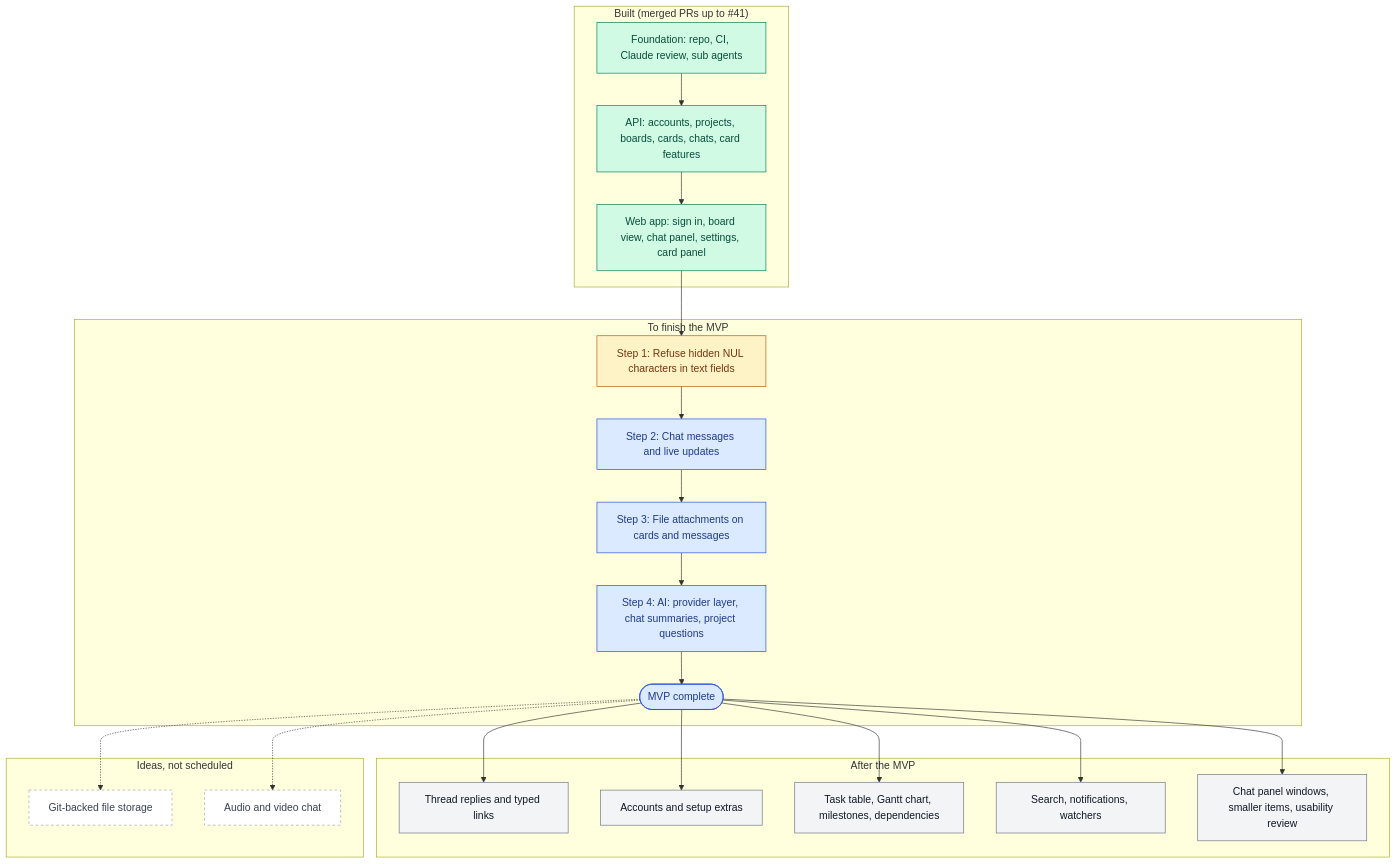
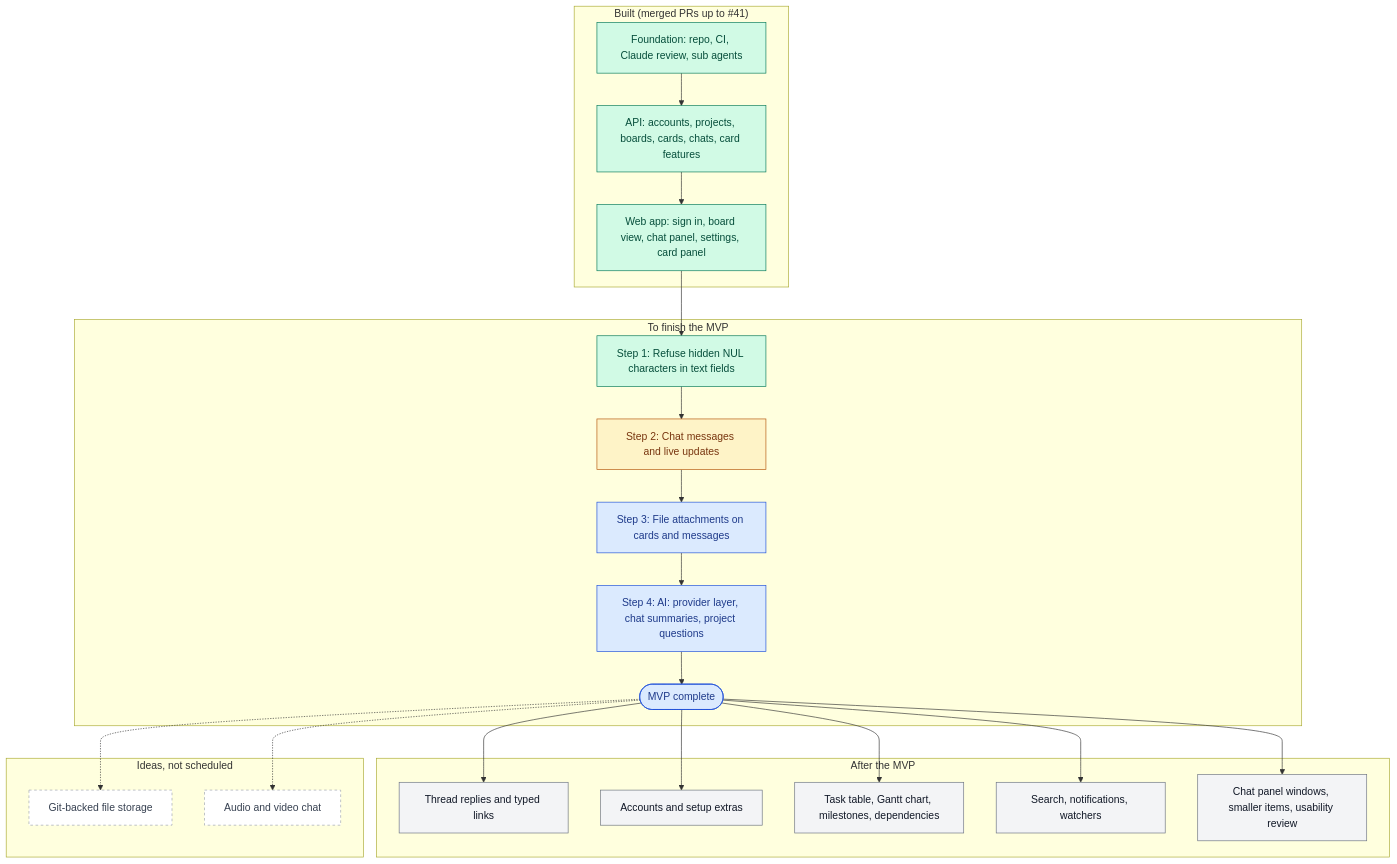
One commit to jongane/Tessera changed the diagram in docs/roadmap.md. Above: the diagram before and after it, drawn with Mermaid. The commit also changed other lines of this file and 22 other files, not shown here.

````diff
--- a/docs/roadmap.md
+++ b/docs/roadmap.md
@@ -13,45 +13,45 @@
 ```mermaid
 flowchart TD
     classDef done fill:#d1fae5,stroke:#047857,color:#064e3b
     classDef next fill:#fef3c7,stroke:#b45309,color:#78350f
     classDef mvp fill:#dbeafe,stroke:#1d4ed8,color:#1e3a8a
     classDef later fill:#f3f4f6,stroke:#6b7280,color:#111827
     classDef idea fill:#ffffff,stroke:#9ca3af,color:#374151,stroke-dasharray: 4 4
 
     subgraph Built["Built (merged PRs up to #41)"]
         F[Foundation: repo, CI, Claude review, sub agents]
         A[API: accounts, projects, boards, cards, chats, card features]
         W[Web app: sign in, board view, chat panel, settings, card panel]
     end
 
     subgraph MVP["To finish the MVP"]
         N1[Step 1: Refuse hidden NUL characters in text fields]
         N2[Step 2: Chat messages and live updates]
         N3[Step 3: File attachments on cards and messages]
         N4[Step 4: AI: provider layer, chat summaries, project questions]
         R([MVP complete])
     end
 
     subgraph After["After the MVP"]
         L1[Thread replies and typed links]
         L2[Accounts and setup extras]
         L3[Task table, Gantt chart, milestones, dependencies]
         L4[Search, notifications, watchers]
         L5[Chat panel windows, smaller items, usability review]
     end
 
     subgraph Ideas["Ideas, not scheduled"]
         I1[Git-backed file storage]
         I2[Audio and video chat]
     end
 
     F --> A --> W --> N1 --> N2 --> N3 --> N4 --> R
     R --> L1 & L2 & L3 & L4 & L5
     R -.-> I1 & I2
 
-    class F,A,W done
-    class N1 next
-    class N2,N3,N4,R mvp
+    class F,A,W,N1 done
+    class N2 next
+    class N3,N4,R mvp
     class L1,L2,L3,L4,L5 later
     class I1,I2 idea
 ```
````
